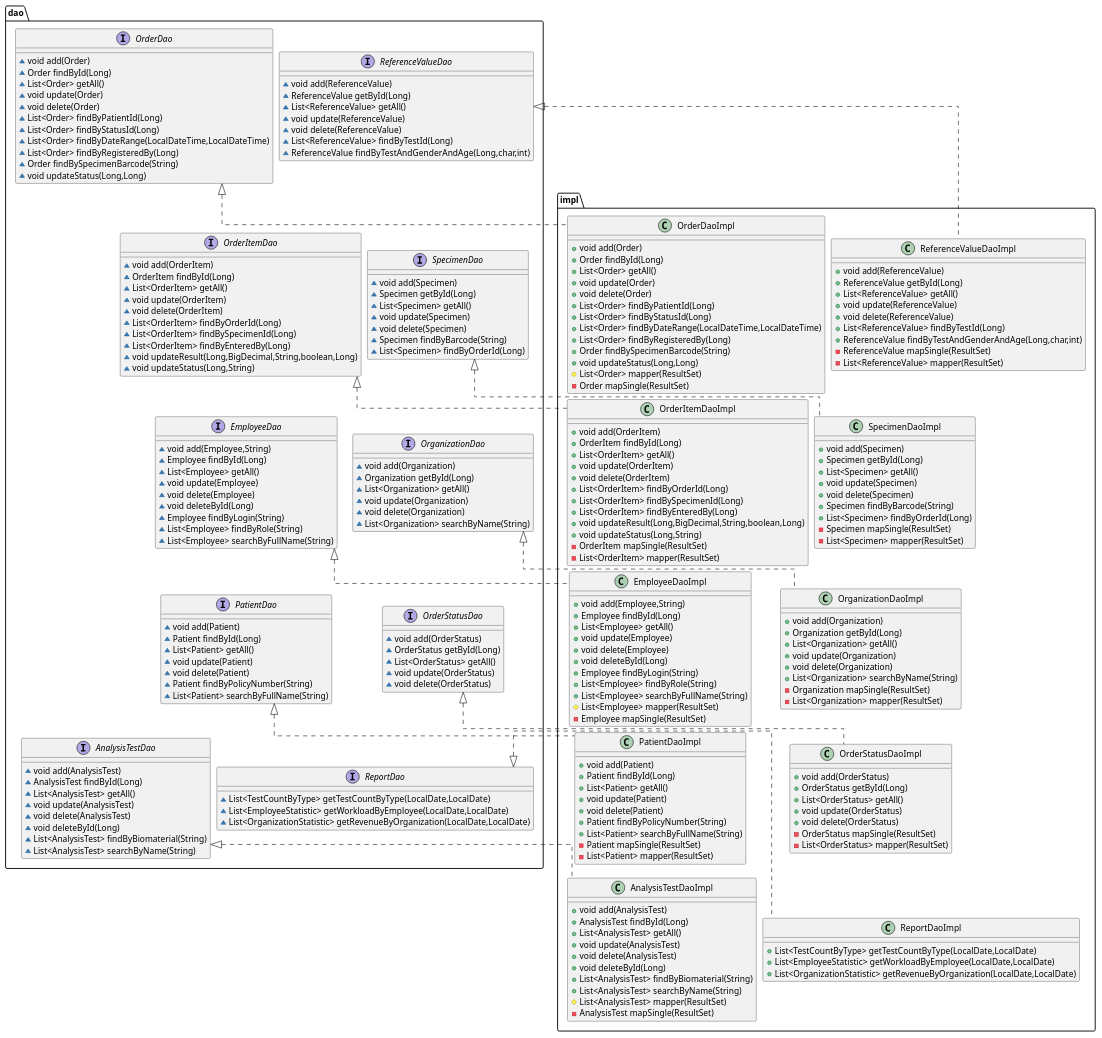
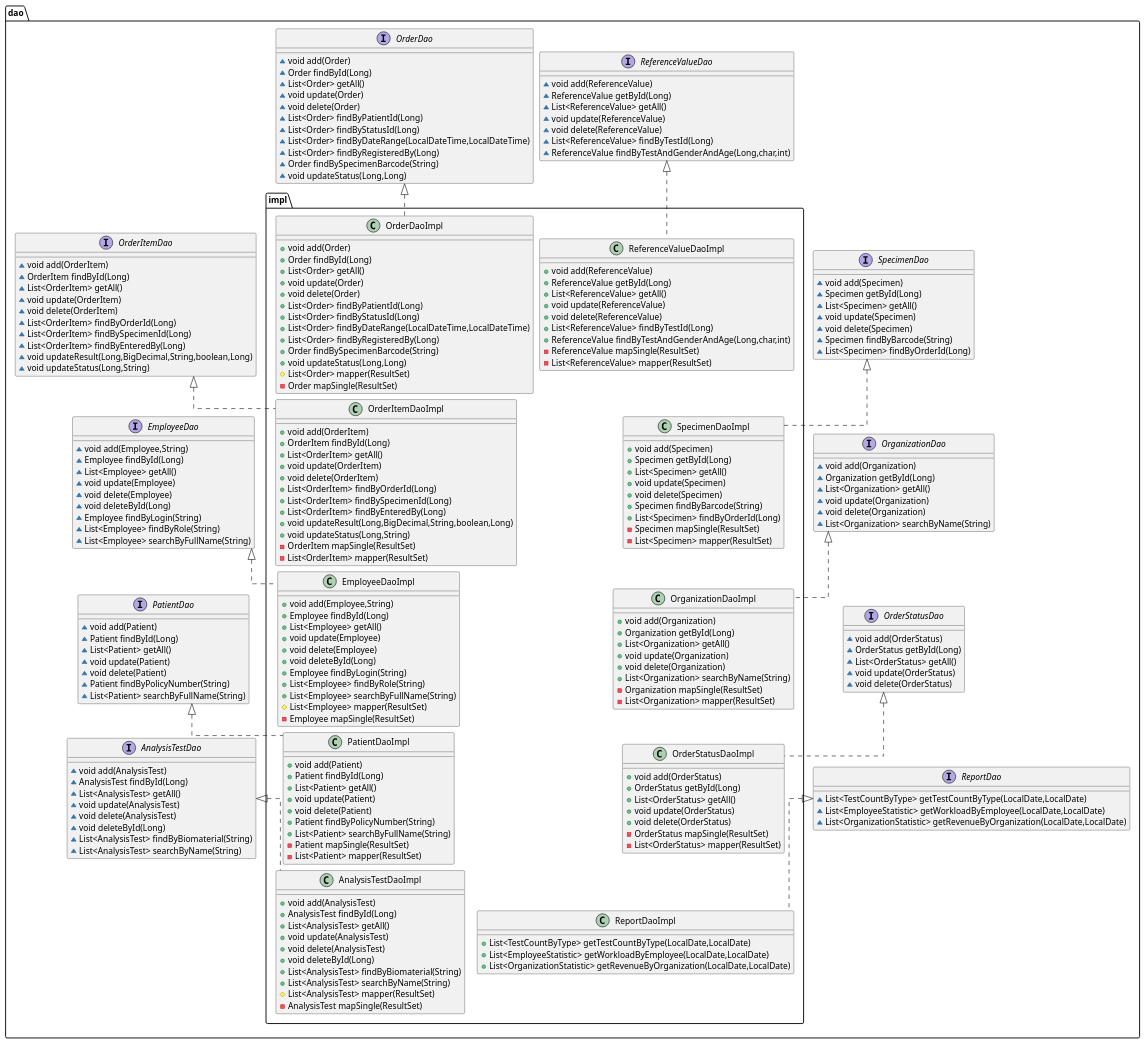
The diagram in diagrams/dao.puml (KirilOdin/RKPP_KursR), drawn with PlantUML before and after one commit. The commit also changed 7 other files, not shown here.

```diff
--- a/diagrams/dao.puml
+++ b/diagrams/dao.puml
@@ -127,8 +127,6 @@
 
     ' Горизонтальная связь между колонками (выравнивание)
     OrderDao -[hidden]right- ReferenceValueDao
-
-}
 
 
 package "impl" {
@@ -260,6 +258,10 @@
     + List<OrganizationStatistic> getRevenueByOrganization(LocalDate,LocalDate)
     }
 
+}
+
+
+
 
 
 
```
